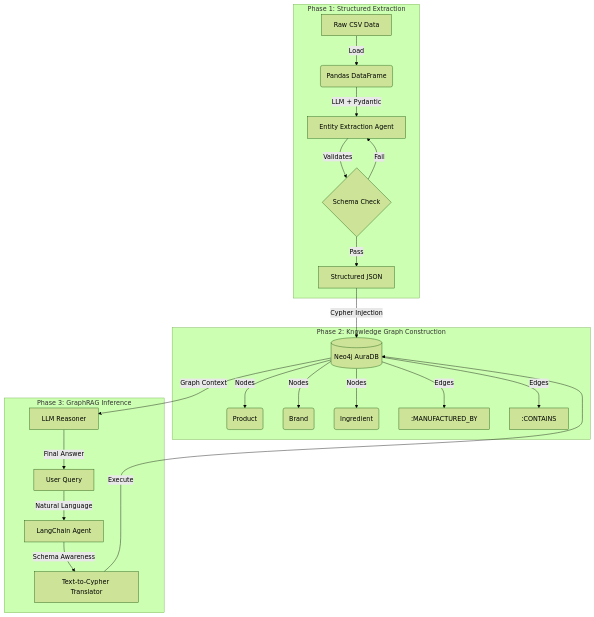
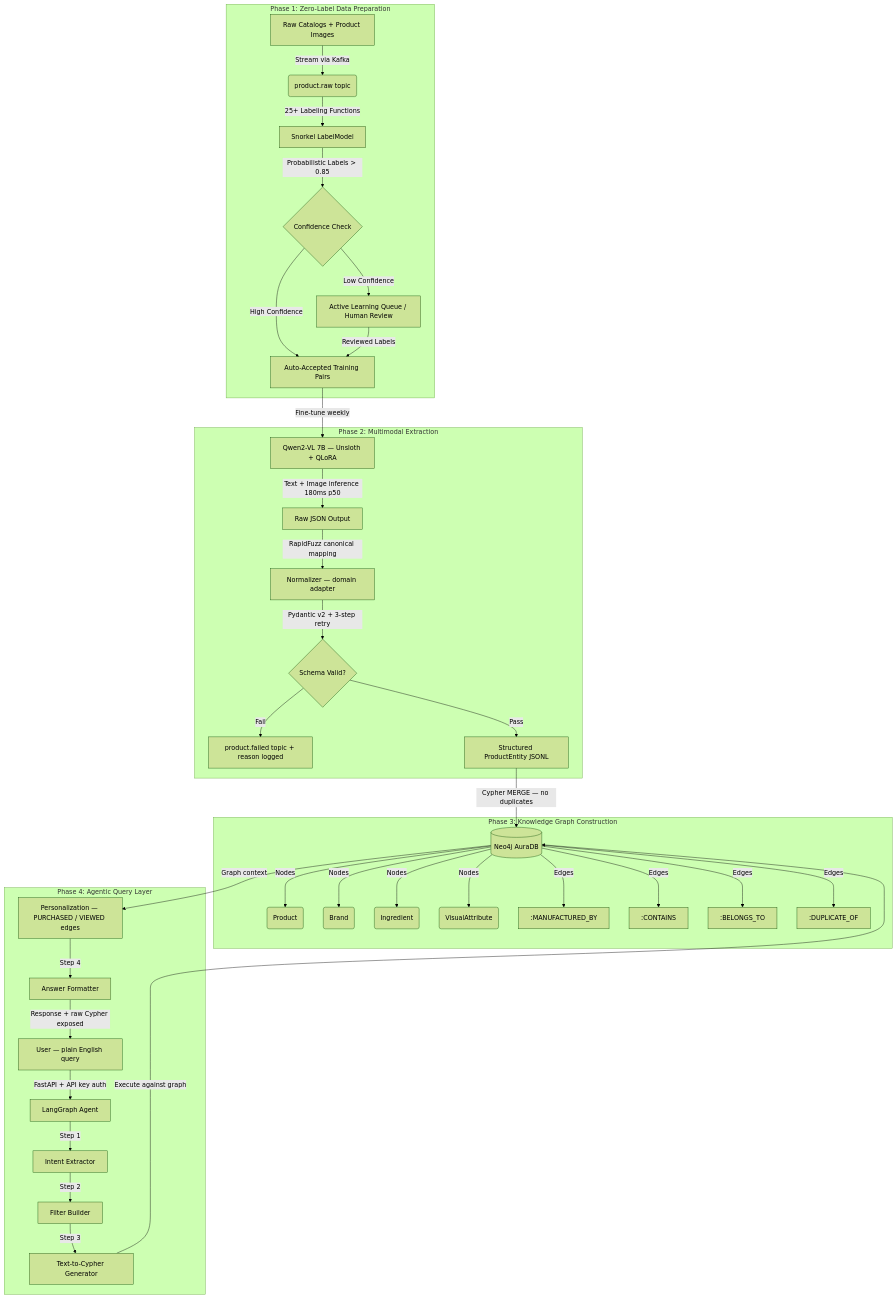
One commit to AmanDataGuy/RetailGraph changed the first of 3 diagrams in README.md. Above: the diagram before and after it, drawn with Mermaid (forest theme). The commit also changed other lines of this file, not shown here.

````diff
--- a/README.md
+++ b/README.md
@@ -41,27 +47,43 @@
 ```mermaid
 graph TD
-    subgraph Ingestion ["Phase 1: Structured Extraction"]
-    A[Raw CSV Data] -->|Load| B(Pandas DataFrame)
-    B -->|LLM + Pydantic| C[Entity Extraction Agent]
-    C -->|Validates| D{Schema Check}
-    D -- Fail --> C
-    D -- Pass --> E[Structured JSON]
+    subgraph Phase1 ["Phase 1: Zero-Label Data Preparation"]
+        A[Raw Catalogs + Product Images] -->|Stream via Kafka| B(product.raw topic)
+        B -->|25+ Labeling Functions| C[Snorkel LabelModel]
+        C -->|Probabilistic Labels > 0.85| D{Confidence Check}
+        D -- Low Confidence --> E[Active Learning Queue / Human Review]
+        D -- High Confidence --> F[Auto-Accepted Training Pairs]
+        E -->|Reviewed Labels| F
     end
 
-    subgraph Storage ["Phase 2: Knowledge Graph Construction"]
-    E -->|Cypher Injection| F[(Neo4j AuraDB)]
-    F -->|Nodes| N1(Product)
-    F -->|Nodes| N2(Brand)
-    F -->|Nodes| N3(Ingredient)
-    F -->|Edges| R1[:MANUFACTURED_BY]
-    F -->|Edges| R2[:CONTAINS]
+    subgraph Phase2 ["Phase 2: Multimodal Extraction"]
+        F -->|Fine-tune weekly| G[Qwen2-VL 7B — Unsloth + QLoRA]
+        G -->|Text + Image inference 180ms p50| H[Raw JSON Output]
+        H -->|RapidFuzz canonical mapping| I[Normalizer — domain adapter]
+        I -->|Pydantic v2 + 3-step retry| J{Schema Valid?}
+        J -- Fail --> K[product.failed topic + reason logged]
+        J -- Pass --> L[Structured ProductEntity JSONL]
     end
 
-    subgraph Inference ["Phase 3: GraphRAG Inference"]
-    User[User Query] -->|Natural Language| G[LangChain Agent]
-    G -->|Schema Awareness| H[Text-to-Cypher Translator]
-    H -->|Execute| F
-    F -->|Graph Context| I[LLM Reasoner]
-    I -->|Final Answer| User
+    subgraph Phase3 ["Phase 3: Knowledge Graph Construction"]
+        L -->|Cypher MERGE — no duplicates| M[(Neo4j AuraDB)]
+        M -->|Nodes| N1(Product)
+        M -->|Nodes| N2(Brand)
+        M -->|Nodes| N3(Ingredient)
+        M -->|Nodes| N4(VisualAttribute)
+        M -->|Edges| R1[:MANUFACTURED_BY]
+        M -->|Edges| R2[:CONTAINS]
+        M -->|Edges| R3[:BELONGS_TO]
+        M -->|Edges| R4[:DUPLICATE_OF]
+    end
+
+    subgraph Phase4 ["Phase 4: Agentic Query Layer"]
+        User[User — plain English query] -->|FastAPI + API key auth| P[LangGraph Agent]
+        P -->|Step 1| Q[Intent Extractor]
+        Q -->|Step 2| R[Filter Builder]
+        R -->|Step 3| S[Text-to-Cypher Generator]
+        S -->|Execute against graph| M
+        M -->|Graph context| T[Personalization — PURCHASED / VIEWED edges]
+        T -->|Step 4| U[Answer Formatter]
+        U -->|Response + raw Cypher exposed| User
     end
 ```
````
